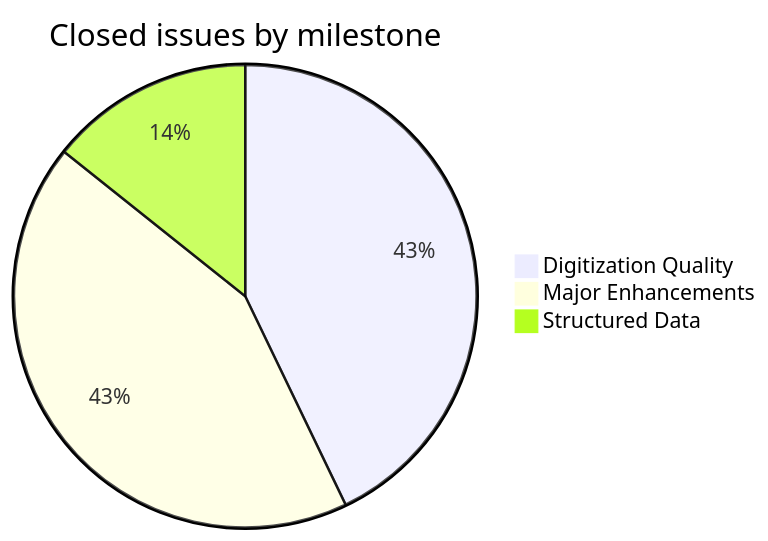
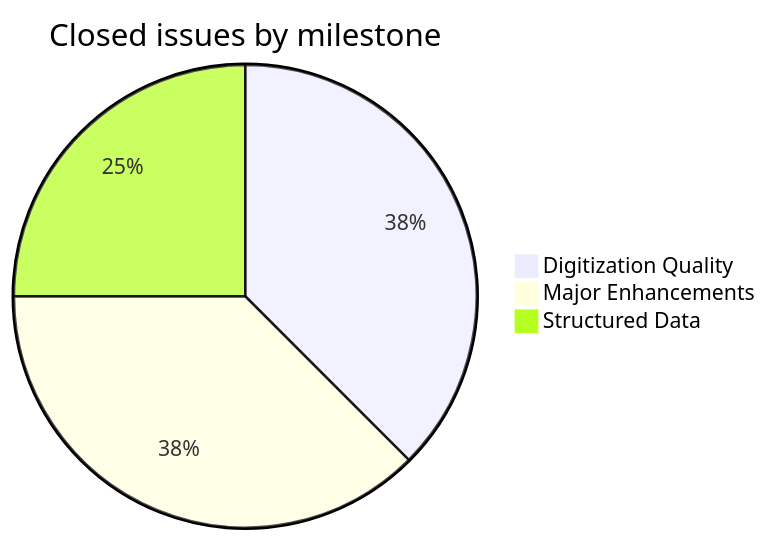
The first of 2 diagrams in README.md (sanskrit-lexicon/FRI), drawn with Mermaid before and after one commit. The commit also changed other lines of this file, not shown here.

````diff
--- a/README.md
+++ b/README.md
@@ -61,6 +64,6 @@
 ```mermaid
 pie title Closed issues by milestone
     "Digitization Quality" : 3
     "Major Enhancements" : 3
-    "Structured Data" : 1
+    "Structured Data" : 2
 ```
````
